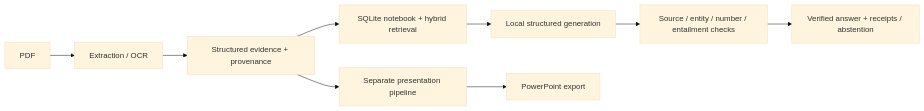
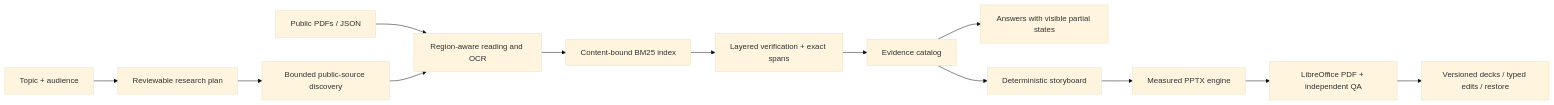
The diagram in README.md (asmaasamyhagag22-design/matn-grounded-notebook), drawn with Mermaid (base theme) before and after one commit. The commit also changed other lines of this file and 643 other files, not shown here.

First line of the commit message:
feat(app): publish evidence notebook with original presentation templates

````diff
--- a/README.md
+++ b/README.md
@@ -20,11 +18,15 @@
 ```mermaid
 flowchart LR
-    PDF[PDF] --> Reader[Extraction / OCR]
-    Reader --> Evidence[Structured evidence + provenance]
-    Evidence --> Retrieval[SQLite notebook + hybrid retrieval]
-    Retrieval --> Generator[Local structured generation]
-    Generator --> Verifier[Source / entity / number / entailment checks]
-    Verifier --> Answer[Verified answer + receipts / abstention]
-    Evidence --> Slides[Separate presentation pipeline]
-    Slides --> PPTX[PowerPoint export]
+  D[Public PDFs / JSON] --> R[Region-aware reading and OCR]
+  R --> I[Content-bound BM25 index]
+  T[Topic + audience] --> P[Reviewable research plan]
+  P --> S[Bounded public-source discovery]
+  S --> R
+  I --> V[Layered verification + exact spans]
+  V --> C[Evidence catalog]
+  C --> Q[Answers with visible partial states]
+  C --> B[Deterministic storyboard]
+  B --> E[Measured PPTX engine]
+  E --> A[LibreOffice PDF + independent QA]
+  A --> H[Versioned decks / typed edits / restore]
 ```
````
